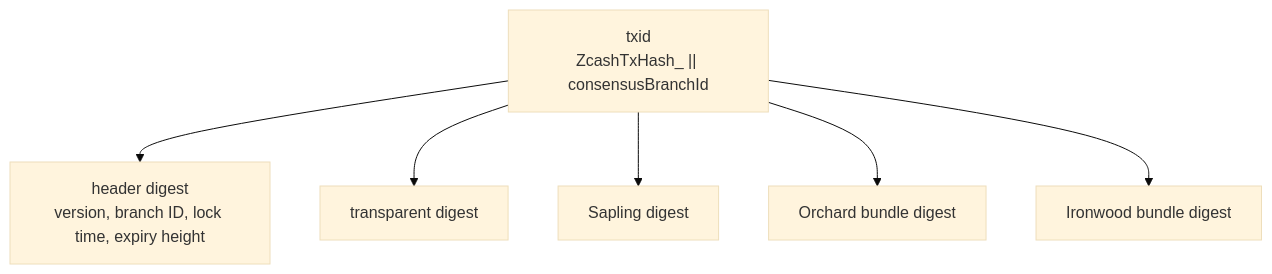
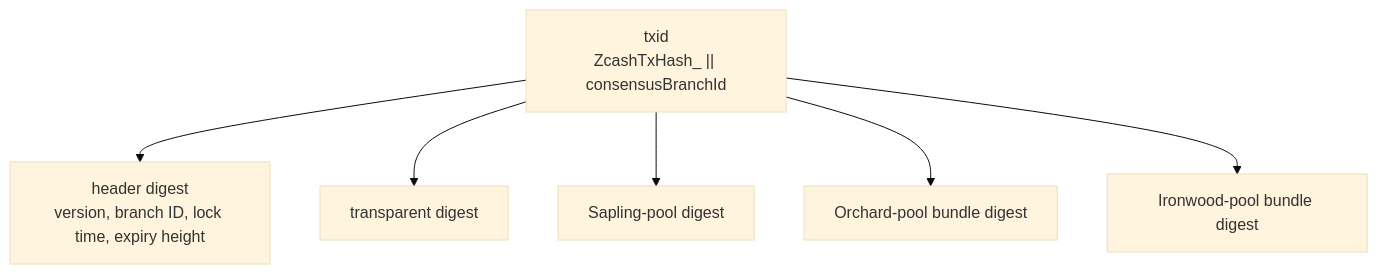
The first of 2 diagrams in book/src/design/transaction-format.md (TalDerei/ironwood), drawn with Mermaid (base theme) before and after one commit. The commit also changed other lines of this file and 8 other files, not shown here.

Commit message:
Disambiguate uses of Orchard, Ironwood, etc., and use consistent typography.

````diff
--- a/book/src/design/transaction-format.md
+++ b/book/src/design/transaction-format.md
@@ -11,16 +11,16 @@
 ```mermaid
 flowchart TD
     TxId["txid<br/>ZcashTxHash_ || consensusBranchId"]
 
     Header["header digest<br/>version, branch ID, lock time, expiry height"]
     Transparent["transparent digest"]
-    Sapling["Sapling digest"]
-    Orchard["Orchard bundle digest"]
-    Ironwood["Ironwood bundle digest"]
+    Sapling["Sapling-pool digest"]
+    Orchard["Orchard-pool bundle digest"]
+    Ironwood["Ironwood-pool bundle digest"]
 
     TxId --> Header
     TxId --> Transparent
     TxId --> Sapling
     TxId --> Orchard
     TxId --> Ironwood
 ```
````
